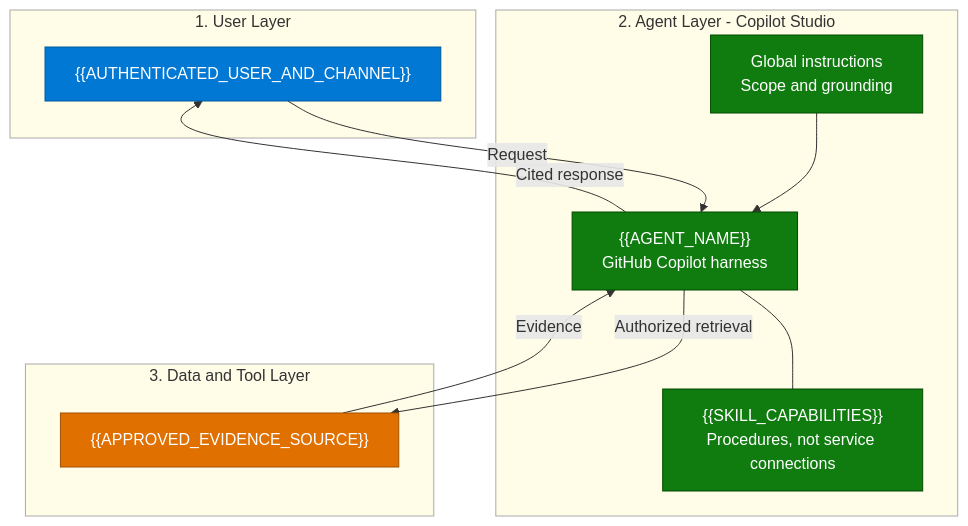
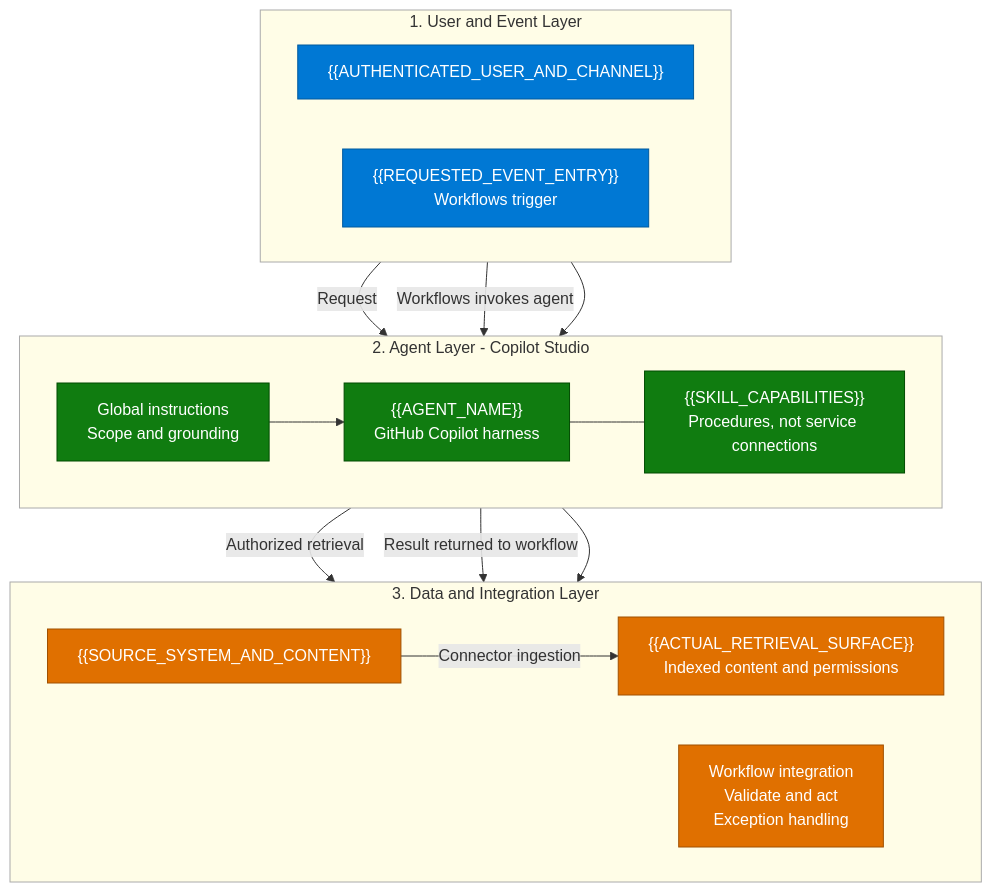
One commit to petepuu/ai-agent-runbooks changed the first of 3 diagrams in .github/skills/ghcp-scenario-authoring/templates/2.Architecture.md. Above: the diagram before and after it, drawn with Mermaid. The commit also changed other lines of this file and 8 other files, not shown here.

````diff
--- a/.github/skills/ghcp-scenario-authoring/templates/2.Architecture.md
+++ b/.github/skills/ghcp-scenario-authoring/templates/2.Architecture.md
@@ -15,28 +15,40 @@
 ```mermaid
 flowchart TB
-    subgraph USER["1. User Layer"]
+    subgraph USER["1. User and Event Layer"]
+        direction LR
         U["{{AUTHENTICATED_USER_AND_CHANNEL}}"]
+        W["{{REQUESTED_EVENT_ENTRY}}<br/>Workflows trigger"]
     end
     subgraph AGENT["2. Agent Layer - Copilot Studio"]
+        direction LR
         I["Global instructions<br/>Scope and grounding"]
         A["{{AGENT_NAME}}<br/>GitHub Copilot harness"]
         S["{{SKILL_CAPABILITIES}}<br/>Procedures, not service connections"]
     end
-    subgraph DATA["3. Data and Tool Layer"]
-        K["{{APPROVED_EVIDENCE_SOURCE}}"]
+    subgraph DATA["3. Data and Integration Layer"]
+        direction LR
+        K["{{ACTUAL_RETRIEVAL_SURFACE}}<br/>Indexed content and permissions"]
+        SRC["{{SOURCE_SYSTEM_AND_CONTENT}}"]
+        D["Workflow integration<br/>Validate and act<br/>Exception handling"]
     end
+    USER --> AGENT
+    AGENT --> DATA
     U -->|"Request"| A
+    W -->|"Workflows invokes agent"| A
     I --> A
     A --- S
     A -->|"Authorized retrieval"| K
-    K -->|"Evidence"| A
-    A -->|"Cited response"| U
+    SRC -->|"Connector ingestion"| K
+    A -->|"Result returned to workflow"| D
     style U fill:#0078D4,color:#fff,stroke:#005A9E
+    style W fill:#0078D4,color:#fff,stroke:#005A9E
     style A fill:#107C10,color:#fff,stroke:#004B00
     style I fill:#107C10,color:#fff,stroke:#004B00
     style S fill:#107C10,color:#fff,stroke:#004B00
     style K fill:#E07000,color:#fff,stroke:#A05000
+    style SRC fill:#E07000,color:#fff,stroke:#A05000
+    style D fill:#E07000,color:#fff,stroke:#A05000
     style USER fill:#fffde7,stroke:#aaa
     style AGENT fill:#fffde7,stroke:#aaa
     style DATA fill:#fffde7,stroke:#aaa
 ```
````
